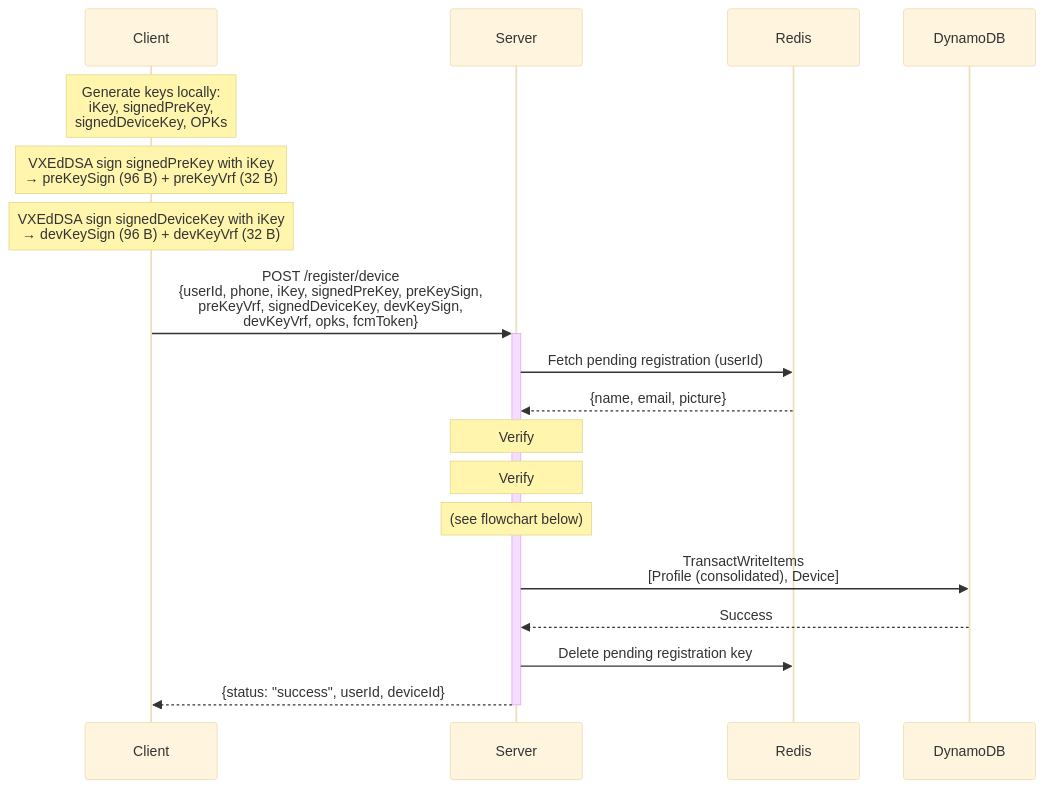
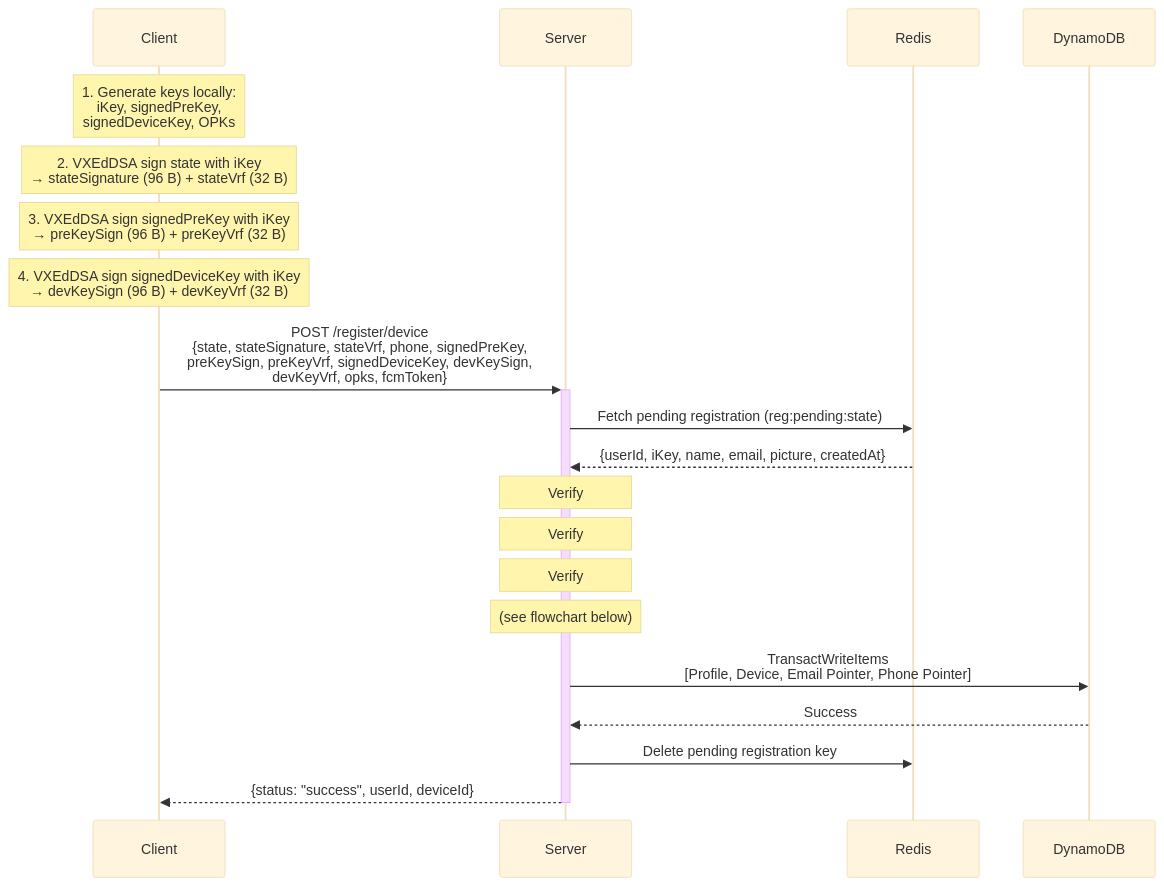
Before and after one commit to debarkamondal/khamoshchat-api: the second of 6 diagrams in docs/cryptographic_flows.md, drawn with Mermaid (base theme). The commit also changed other lines of this file and 4 other files, not shown here.

````diff
--- a/docs/cryptographic_flows.md
+++ b/docs/cryptographic_flows.md
@@ -66,28 +71,29 @@
 ```mermaid
 sequenceDiagram
     participant C as Client
     participant S as Server
     participant R as Redis
     participant D as DynamoDB
 
-    Note over C: Generate keys locally:<br/>iKey, signedPreKey,<br/>signedDeviceKey, OPKs
+    Note over C: 1. Generate keys locally:<br/>iKey, signedPreKey,<br/>signedDeviceKey, OPKs
 
-    Note over C: VXEdDSA sign signedPreKey with iKey<br/>→ preKeySign (96 B) + preKeyVrf (32 B)
-    Note over C: VXEdDSA sign signedDeviceKey with iKey<br/>→ devKeySign (96 B) + devKeyVrf (32 B)
+    Note over C: 2. VXEdDSA sign state with iKey<br/>→ stateSignature (96 B) + stateVrf (32 B)
+    Note over C: 3. VXEdDSA sign signedPreKey with iKey<br/>→ preKeySign (96 B) + preKeyVrf (32 B)
+    Note over C: 4. VXEdDSA sign signedDeviceKey with iKey<br/>→ devKeySign (96 B) + devKeyVrf (32 B)
 
-    C->>+S: POST /register/device<br/>{userId, phone, iKey, signedPreKey, preKeySign,<br/>preKeyVrf, signedDeviceKey, devKeySign,<br/>devKeyVrf, opks, fcmToken}
+    C->>+S: POST /register/device<br/>{state, stateSignature, stateVrf, phone, signedPreKey,<br/>preKeySign, preKeyVrf, signedDeviceKey, devKeySign,<br/>devKeyVrf, opks, fcmToken}
 
-    S->>R: Fetch pending registration (userId)
-    R-->>S: {name, email, picture}
+    S->>R: Fetch pending registration (reg:pending:state)
+    R-->>S: {userId, iKey, name, email, picture, createdAt}
 
-    Note over S: Verify #1: preKeySign
-    Note over S: Verify #2: devKeySign
+    Note over S: Verify #1: stateSignature over state using iKey
+    Note over S: Verify #2: preKeySign over signedPreKey using iKey
+    Note over S: Verify #3: devKeySign over signedDeviceKey using iKey
     Note over S: (see flowchart below)
 
-    S->>D: TransactWriteItems<br/>[Profile (consolidated), Device]
+    S->>D: TransactWriteItems<br/>[Profile, Device, Email Pointer, Phone Pointer]
     D-->>S: Success
 
     S->>R: Delete pending registration key
-
     S-->>-C: {status: "success", userId, deviceId}
 ```
````
